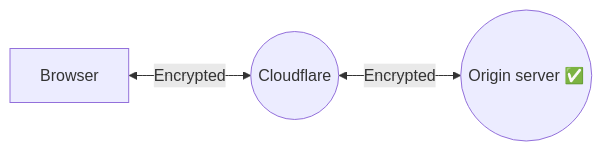
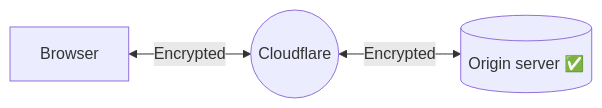
The diagram in content/ssl/origin-configuration/ssl-modes/ssl-only-origin-pull.md (cloudflare/cloudflare-docs), drawn with Mermaid before and after one commit.

Commit message:
Fixed the chart type

```diff
--- a/content/ssl/origin-configuration/ssl-modes/ssl-only-origin-pull.md
+++ b/content/ssl/origin-configuration/ssl-modes/ssl-only-origin-pull.md
@@ -19,4 +19,6 @@
 <div class="mermaid">
-graph LR
-    A[Browser] <--Encrypted--> B((Cloudflare))<--Encrypted--> C(("Origin server &#9989;"))
+flowchart LR
+    accTitle: Strict (SSL-Only Origin Pull) SSL/TLS Encryption
+    accDescr: With an encryption mode of Strict (SSL-Only Origin Pull), all connections to the origin will always be made using SSL/TLS.
+    A[Browser] <--Encrypted--> B((Cloudflare))<--Encrypted--> C[("Origin server &#9989;")]
 </div>
```
